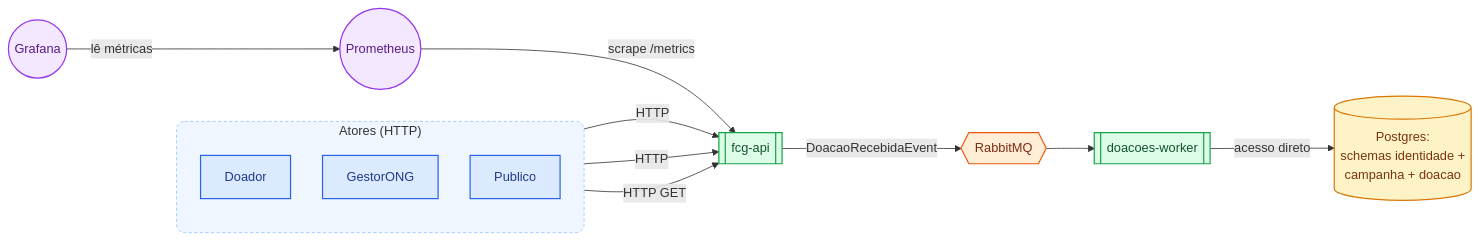
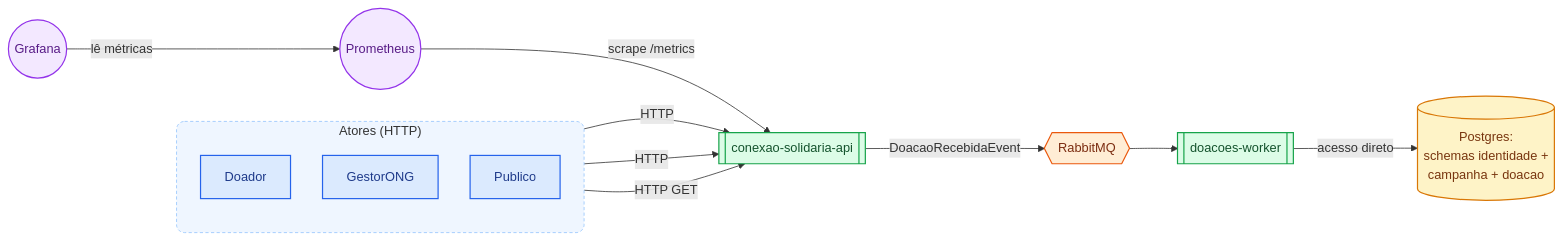
One commit to 11NETTG30/FIAP-Conexao-Solidaria changed the diagram in docs/conexao-solidaria/ARQUITETURA.md. Above: the diagram before and after it, drawn with Mermaid. The commit also changed other lines of this file and 4 other files, not shown here.

First line of the commit message:
docs: corrige resíduo "fcg-api" no diagrama e docs (era do projeto FCG)

````diff
--- a/docs/conexao-solidaria/ARQUITETURA.md
+++ b/docs/conexao-solidaria/ARQUITETURA.md
@@ -50,35 +50,35 @@
 ```mermaid
 %%{init: {"flowchart": {"htmlLabels": true, "curve": "basis", "nodeSpacing": 40, "rankSpacing": 60}, "themeVariables": {"fontFamily": "Helvetica, Arial, sans-serif", "fontSize": "16px"}} }%%
 flowchart LR
   subgraph Atores["Atores (HTTP)"]
     direction TB
     Doador
     GestorONG[GestorONG]
     Publico[Publico]
   end
 
-  Doador -->|HTTP| API[["fcg-api"]]
+  Doador -->|HTTP| API[["conexao-solidaria-api"]]
   GestorONG -->|HTTP| API
   Publico -->|HTTP GET| API
 
   API -->|DoacaoRecebidaEvent| Fila{{RabbitMQ}}
   Fila --> Worker[["doacoes-worker"]]
   Worker -->|acesso direto| DB[("Postgres:<br/>schemas identidade +<br/>campanha + doacao")]
 
   Prometheus((Prometheus)) -->|"scrape /metrics"| API
   Grafana((Grafana)) -->|"lê métricas"| Prometheus
 
   classDef ator fill:#dbeafe,stroke:#2563eb,stroke-width:1.5px,color:#1e3a8a
   classDef app fill:#dcfce7,stroke:#16a34a,stroke-width:1.5px,color:#14532d
   classDef fila fill:#ffedd5,stroke:#ea580c,stroke-width:1.5px,color:#7c2d12
   classDef dados fill:#fef3c7,stroke:#d97706,stroke-width:1.5px,color:#78350f
   classDef obs fill:#f3e8ff,stroke:#9333ea,stroke-width:1.5px,color:#581c87
 
   class Doador,GestorONG,Publico ator
   class API,Worker app
   class Fila fila
   class DB dados
   class Prometheus,Grafana obs
 
   style Atores fill:#eff6ff,stroke:#93c5fd,stroke-width:1px,stroke-dasharray: 4 3,rx:10,ry:10
 ```
````
